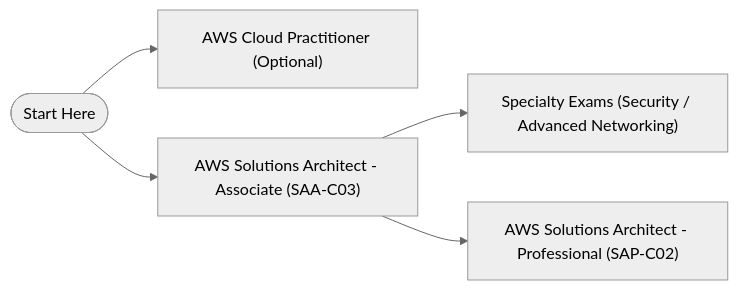
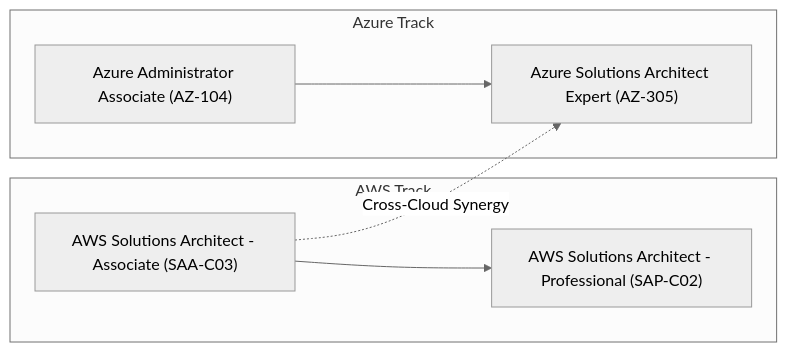
The diagram in README.md (bar2sek/professional-technology), drawn with Mermaid (neutral theme) before and after one commit. The commit also changed other lines of this file and 13 other files, not shown here.

Commit message:
feat: add Azure architecture knowledge hub, domain MOCs, and exam cheat sheets

````diff
--- a/README.md
+++ b/README.md
@@ -255,7 +128,16 @@
 ```mermaid
 graph LR
-    Start([Start Here]) --> CloudPractitioner["AWS Cloud Practitioner (Optional)"]
-    Start --> SAA["AWS Solutions Architect - Associate (SAA-C03)"]
-    SAA --> Specialty["Specialty Exams (Security / Advanced Networking)"]
-    SAA --> SAP["AWS Solutions Architect - Professional (SAP-C02)"]
+    subgraph AWS Track
+        AWS_Assoc["AWS Solutions Architect - Associate (SAA-C03)"]
+        AWS_Pro["AWS Solutions Architect - Professional (SAP-C02)"]
+        AWS_Assoc --> AWS_Pro
+    end
+
+    subgraph Azure Track
+        AZ_Admin["Azure Administrator Associate (AZ-104)"]
+        AZ_Arch["Azure Solutions Architect Expert (AZ-305)"]
+        AZ_Admin --> AZ_Arch
+    end
+
+    AWS_Assoc -.->|Cross-Cloud Synergy| AZ_Arch
 ```
````
